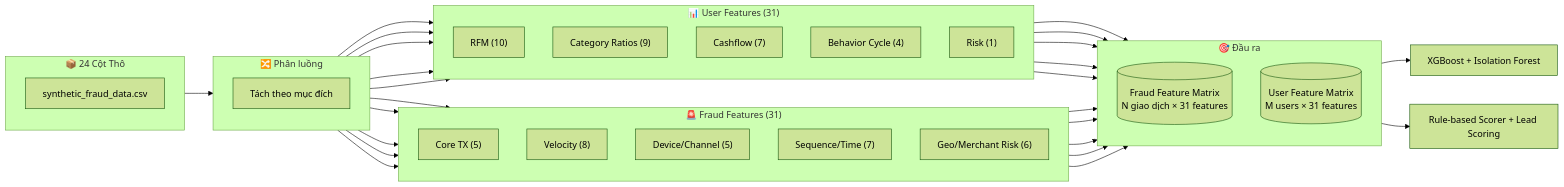
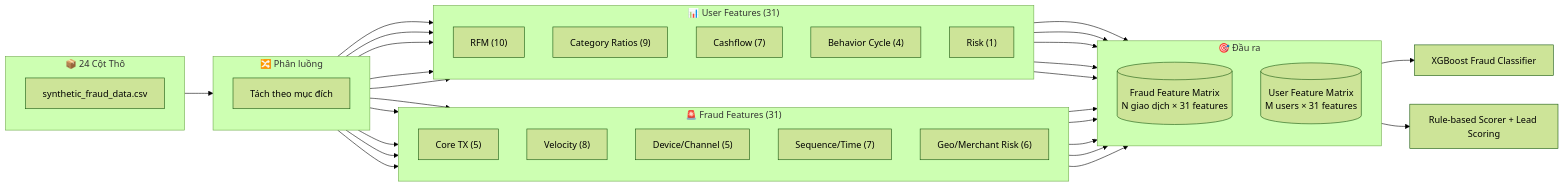
One commit to VietTrQuoc/smart-finance-ai changed the diagram in docs/REPORT-DATASET-SELECTION-v3.md. Above: the diagram before and after it, drawn with Mermaid (forest theme). The commit also changed other lines of this file and 45 other files, not shown here.

````diff
--- a/docs/REPORT-DATASET-SELECTION-v3.md
+++ b/docs/REPORT-DATASET-SELECTION-v3.md
@@ -242,45 +242,45 @@
 ```mermaid
 flowchart LR
     subgraph RAW["📦 24 Cột Thô"]
         direction TB
         raw_csv["synthetic_fraud_data.csv"]
     end
 
     subgraph SPLIT["🔀 Phân luồng"]
         direction TB
         split["Tách theo mục đích"]
     end
 
     subgraph FRAUD_FEAT["🚨 Fraud Features (31)"]
         direction TB
         f_core["Core TX (5)"]
         f_vel["Velocity (8)"]
         f_dev["Device/Channel (5)"]
         f_seq["Sequence/Time (7)"]
         f_geo["Geo/Merchant Risk (6)"]
     end
 
     subgraph USER_FEAT["📊 User Features (31)"]
         direction TB
         u_rfm["RFM (10)"]
         u_cat["Category Ratios (9)"]
         u_cf["Cashflow (7)"]
         u_cycle["Behavior Cycle (4)"]
         u_risk["Risk (1)"]
     end
 
     subgraph OUTPUT["🎯 Đầu ra"]
         direction TB
         fraud_store[("Fraud Feature Matrix<br/>N giao dịch × 31 features")]
         user_store[("User Feature Matrix<br/>M users × 31 features")]
     end
 
     raw_csv --> split
     split --> f_core & f_vel & f_dev & f_seq & f_geo
     split --> u_rfm & u_cat & u_cf & u_cycle & u_risk
     f_core & f_vel & f_dev & f_seq & f_geo --> fraud_store
     u_rfm & u_cat & u_cf & u_cycle & u_risk --> user_store
 
-    fraud_store --> fraud_model["XGBoost + Isolation Forest"]
+    fraud_store --> fraud_model["XGBoost Fraud Classifier"]
     user_store --> rec_model["Rule-based Scorer + Lead Scoring"]
 ```
````
